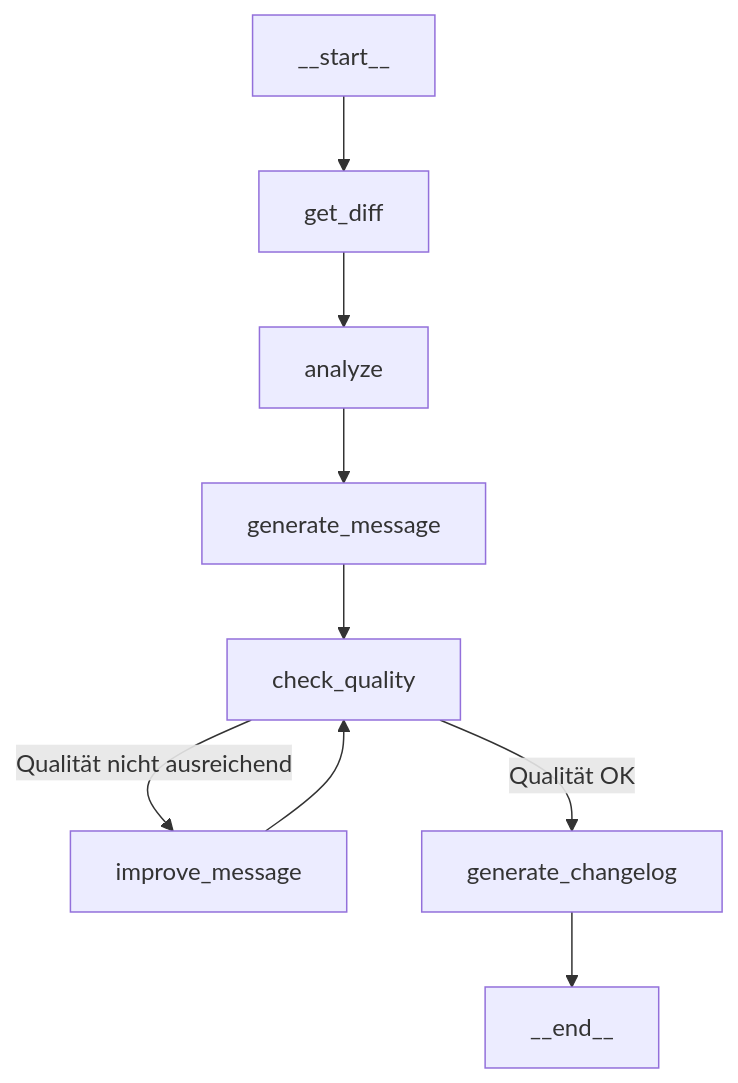
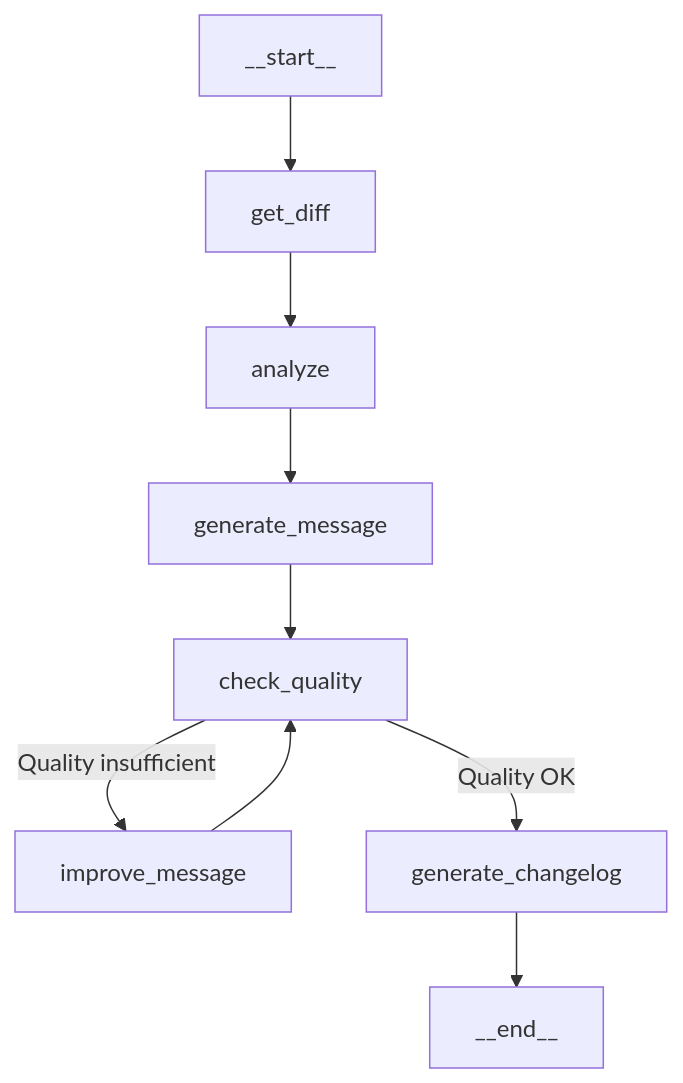
One commit to oedemis/gitsynth changed the diagram in docs/domain.md. Above: the diagram before and after it, drawn with Mermaid. The commit also changed other lines of this file and 1 other file, not shown here.

````diff
--- a/docs/domain.md
+++ b/docs/domain.md
@@ -9,11 +9,11 @@
 ```mermaid
 graph TD
     __start__ --> get_diff
     get_diff --> analyze
     analyze --> generate_message
     generate_message --> check_quality
-    check_quality -->|Qualität nicht ausreichend| improve_message
+    check_quality -->|Quality insufficient| improve_message
     improve_message --> check_quality
-    check_quality -->|Qualität OK| generate_changelog
+    check_quality -->|Quality OK| generate_changelog
     generate_changelog --> __end__
 ```
````
